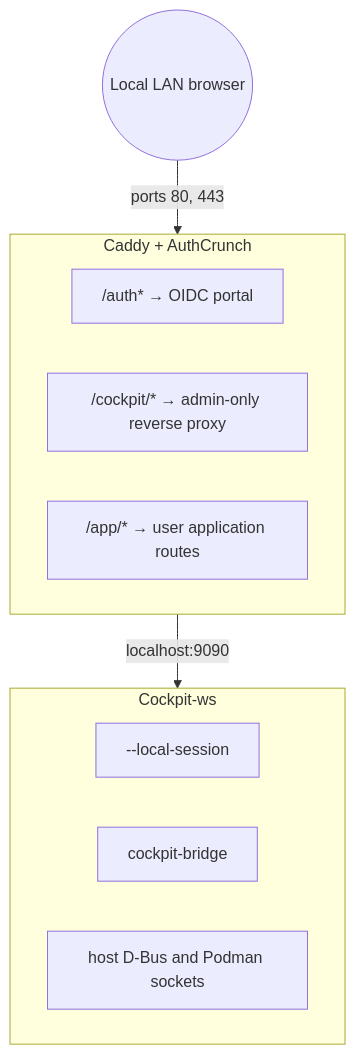
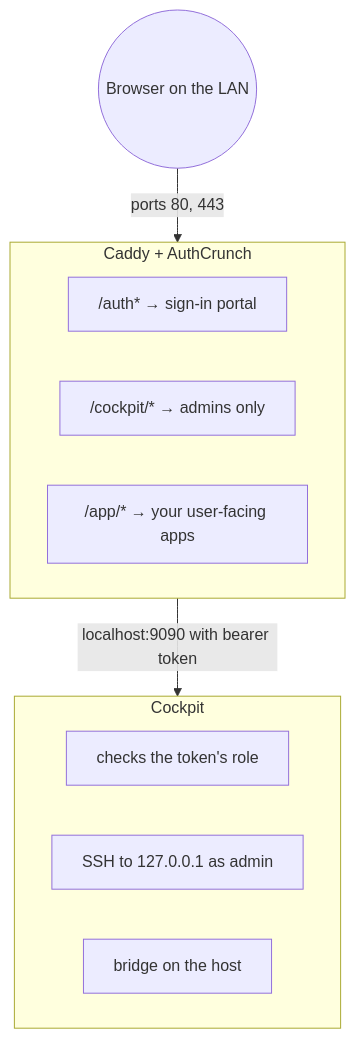
Before and after one commit to RobertDeRose/atomixos: the diagram in docs/src/tutorials/oidc-device-management.md, drawn with Mermaid. The commit also changed other lines of this file and 103 other files, not shown here.

````diff
--- a/docs/src/tutorials/oidc-device-management.md
+++ b/docs/src/tutorials/oidc-device-management.md
@@ -88,18 +16,18 @@
 ```mermaid
 graph TD
-    lan((Local LAN browser)) -- "ports 80, 443" --> caddy
+    lan((Browser on the LAN)) -- "ports 80, 443" --> caddy
 
     subgraph caddy["Caddy + AuthCrunch"]
-        ca1["/auth* → OIDC portal"]
-        ca2["/cockpit/* → admin-only reverse proxy"]
-        ca3["/app/* → user application routes"]
+        ca1["/auth* → sign-in portal"]
+        ca2["/cockpit/* → admins only"]
+        ca3["/app/* → your user-facing apps"]
     end
 
-    caddy -- "localhost:9090" --> cockpit
+    caddy -- "localhost:9090 with bearer token" --> cockpit
 
-    subgraph cockpit["Cockpit-ws"]
-        co1["--local-session"]
-        co2["cockpit-bridge"]
-        co3["host D-Bus and Podman sockets"]
+    subgraph cockpit["Cockpit"]
+        co1["checks the token's role"]
+        co2["SSH to 127.0.0.1 as admin"]
+        co3["bridge on the host"]
     end
 ```
````
